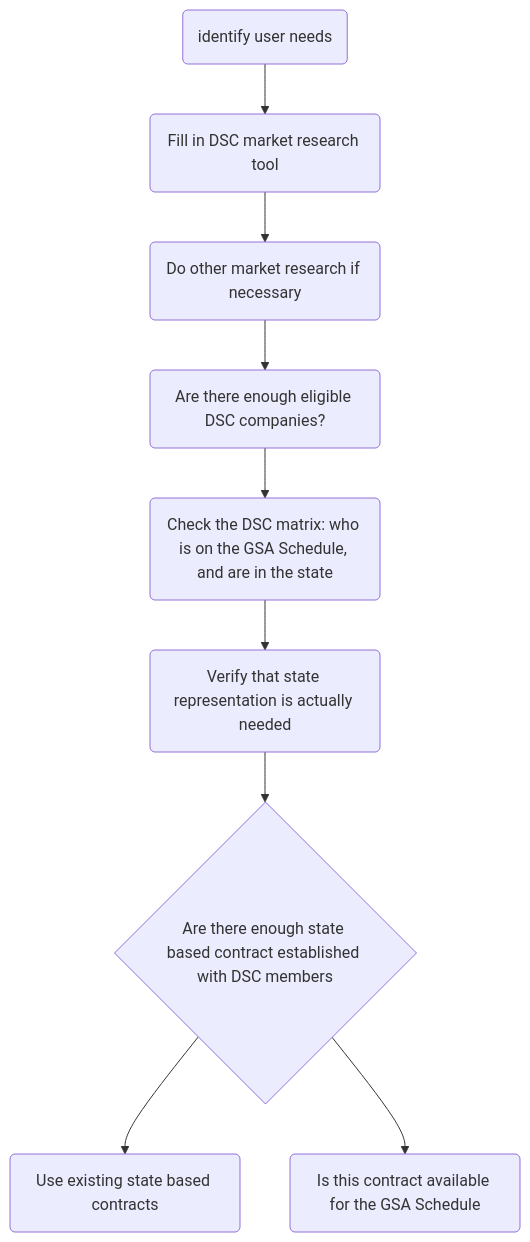
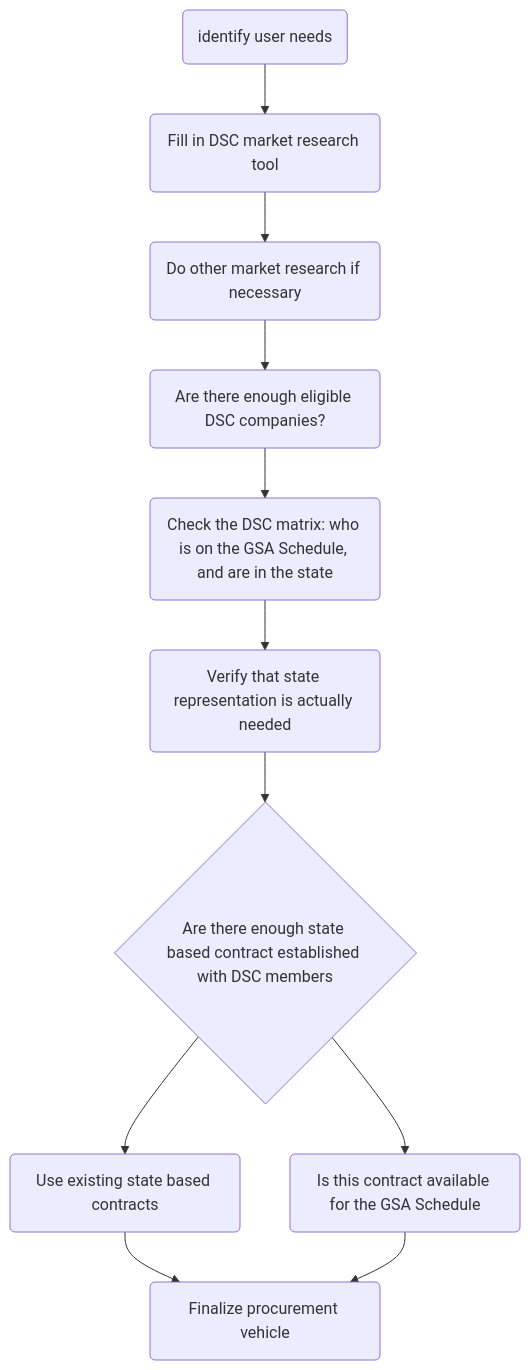
The diagram in dsc-decision-tree.md (mgifford/mermaid-graphs), drawn with Mermaid before and after one commit.

````diff
--- a/dsc-decision-tree.md
+++ b/dsc-decision-tree.md
@@ -3,14 +3,17 @@
 ```mermaid
 graph TD
     UserNeeds(identify user needs)-->DSC_MR(Fill in DSC market research tool);
     DSC_MR-->More_MR(Do other market research if necessary);
 
     More_MR-->CompanyPool(Are there enough eligible DSC companies?);
     CompanyPool-->DSC_Matrix(Check the DSC matrix: who is on the GSA Schedule, and are in the state);
 
     DSC_Matrix-->StateRepresentation(Verify that state representation is actually needed);
     StateRepresentation-->DSC_InState{Are there enough state based contract established with DSC members};
 
     DSC_InState-->UseStateContract(Use existing state based contracts);
     DSC_InState-->Eligible4GSA_Schedule(Is this contract available for the GSA Schedule);
+
+    UseStateContract-->ProcurementVehicle(Finalize procurement vehicle);
+    Eligible4GSA_Schedule-->ProcurementVehicle;
 ```
````
